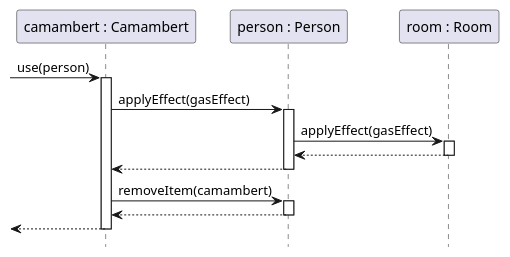
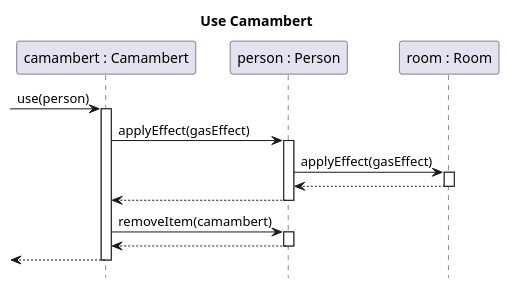
Before and after one commit to sn4k3ch4rm3r/logarlec: the diagram in docs/diagrams/sequence/camambert.puml, drawn with PlantUML. The commit also changed 8 other files, not shown here.

Commit message:
Added title to the diagrams

```diff
--- a/docs/diagrams/sequence/camambert.puml
+++ b/docs/diagrams/sequence/camambert.puml
@@ -1,18 +1,18 @@
 @startuml camambert
-
+title Use Camambert
 hide footbox
 autoactivate on
 
 participant "camambert : Camambert" as c
 participant "person : Person" as p
 participant "room : Room" as r
 
 [-> c : use(person)
     c -> p : applyEffect(gasEffect)
         p -> r : applyEffect(gasEffect)
         return 
     return
     c -> p : removeItem(camambert)
     return
 return
 @enduml
```
